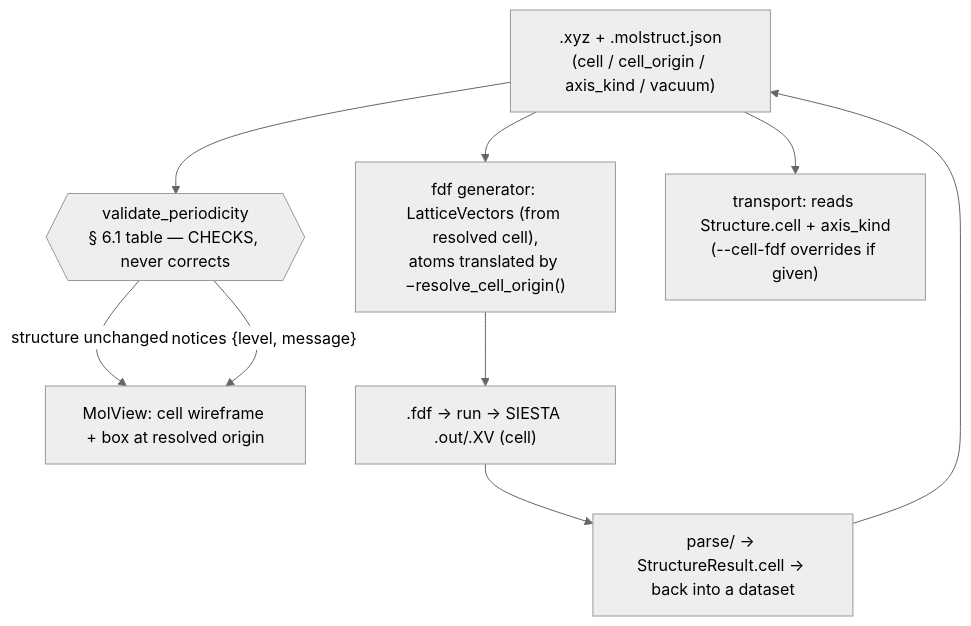
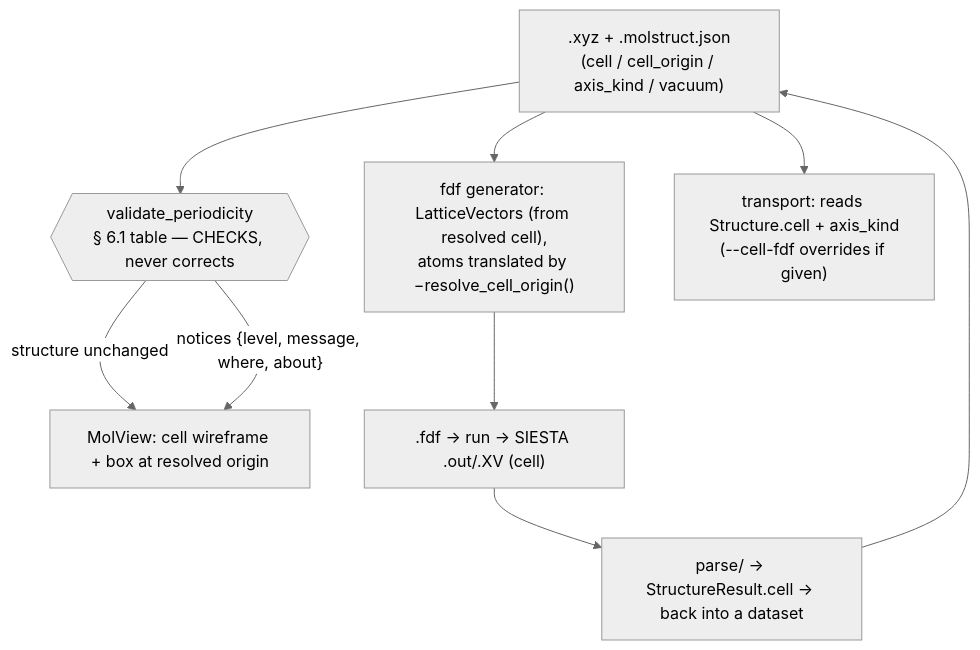
The second of 4 diagrams in docs/model/structure-periodicity.md (Qing-LAB/molbuilder), drawn with Mermaid (neutral theme) before and after one commit. The commit also changed other lines of this file and 7 other files, not shown here.

````diff
--- a/docs/model/structure-periodicity.md
+++ b/docs/model/structure-periodicity.md
@@ -608,16 +614,16 @@
 ```mermaid
 flowchart TB
     DS[".xyz + .molstruct.json<br/>(cell / cell_origin / axis_kind / vacuum)"]
     GATE{{"validate_periodicity<br/>§ 6.1 table — CHECKS, never corrects"}}
     MV["MolView: cell wireframe + box at resolved origin"]
     FDF["fdf generator: LatticeVectors (from resolved cell),<br/>atoms translated by −resolve_cell_origin()"]
     TR["transport: reads Structure.cell + axis_kind<br/>(--cell-fdf overrides if given)"]
     OUT[".fdf → run → SIESTA .out/.XV (cell)"]
     PARSE["parse/ → StructureResult.cell → back into a dataset"]
     DS --> GATE
     GATE -->|"structure unchanged"| MV
-    GATE -->|"notices {level, message}"| MV
+    GATE -->|"notices {level, message, where, about}"| MV
     DS --> FDF
     DS --> TR
     FDF --> OUT --> PARSE --> DS
 ```
````
